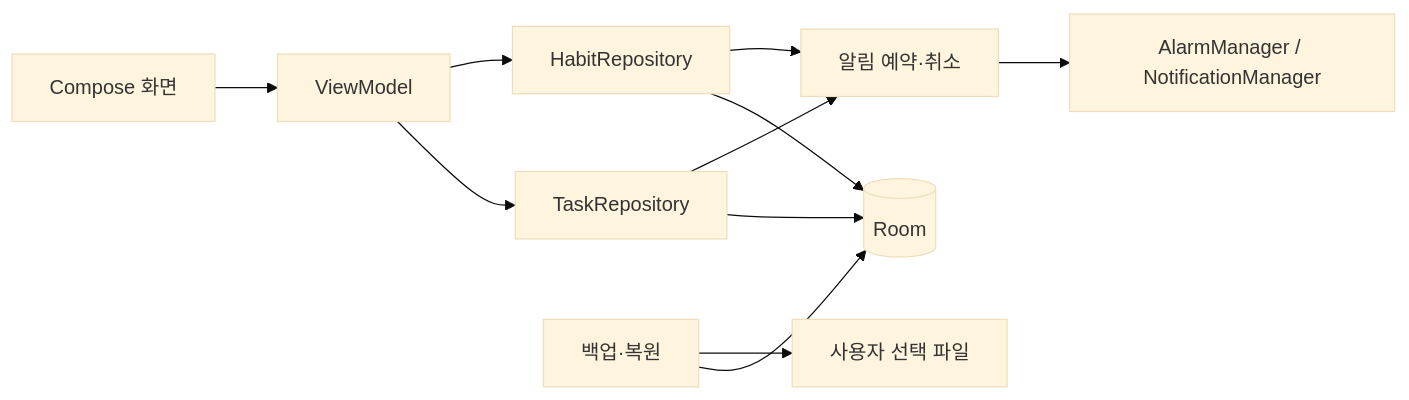
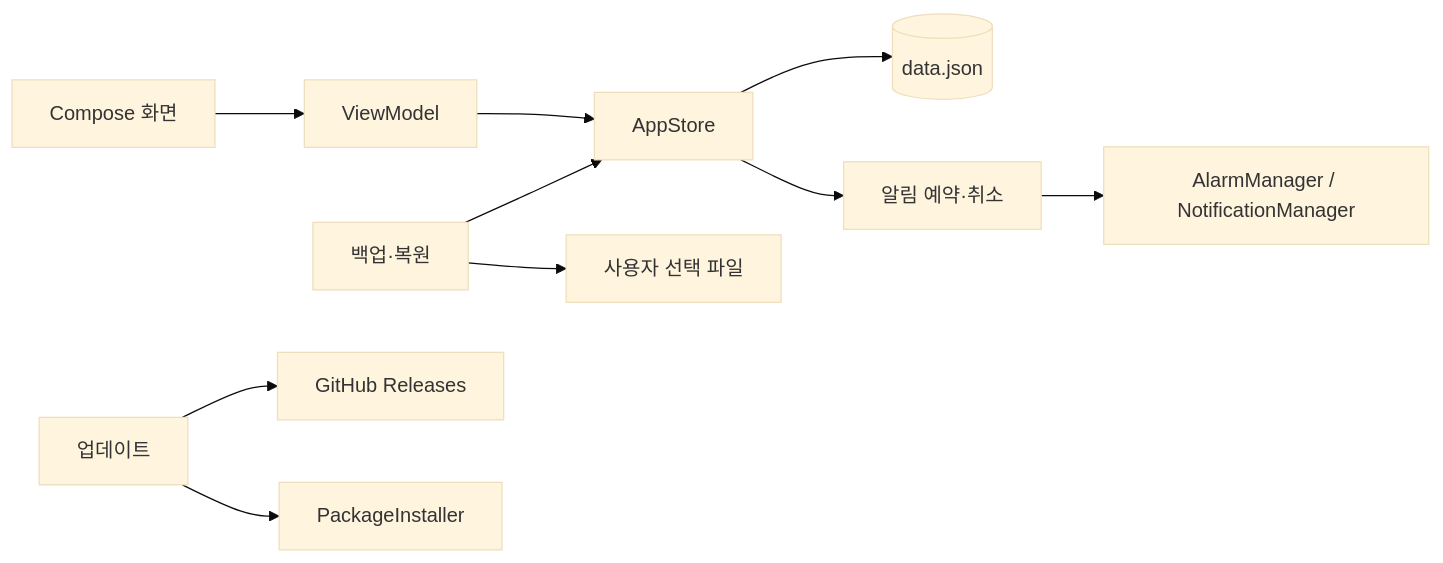
One commit to bossxor/tool_ScheduleMng changed the diagram in docs/technical-design.md. Above: the diagram before and after it, drawn with Mermaid (base theme). The commit also changed other lines of this file and 3 other files, not shown here.

````diff
--- a/docs/technical-design.md
+++ b/docs/technical-design.md
@@ -30,13 +35,12 @@
 ```mermaid
 flowchart LR
     UI[Compose 화면] --> VM[ViewModel]
-    VM --> Repo[TaskRepository]
-    VM --> HabitRepo[HabitRepository]
-    HabitRepo --> DB
-    HabitRepo --> Reminder
-    Repo --> DB[(Room)]
-    Repo --> Reminder[알림 예약·취소]
+    VM --> Store[AppStore]
+    Store --> File[(data.json)]
+    Store --> Reminder[알림 예약·취소]
     Reminder --> OS[AlarmManager / NotificationManager]
-    Backup[백업·복원] --> DB
-    Backup --> File[사용자 선택 파일]
+    Backup[백업·복원] --> Store
+    Backup --> SAF[사용자 선택 파일]
+    Updater[업데이트] --> GH[GitHub Releases]
+    Updater --> Installer[PackageInstaller]
 ```
````
